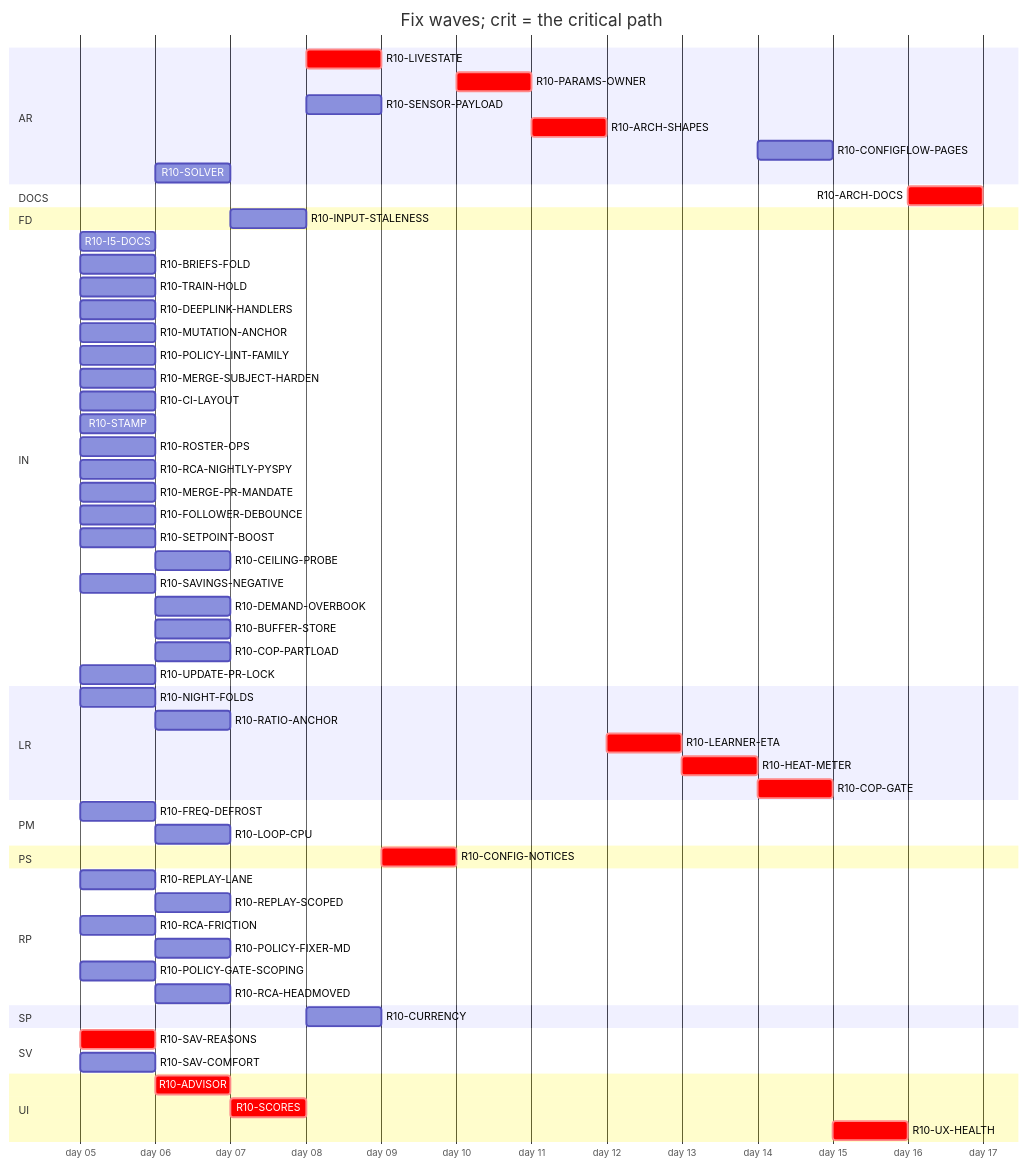
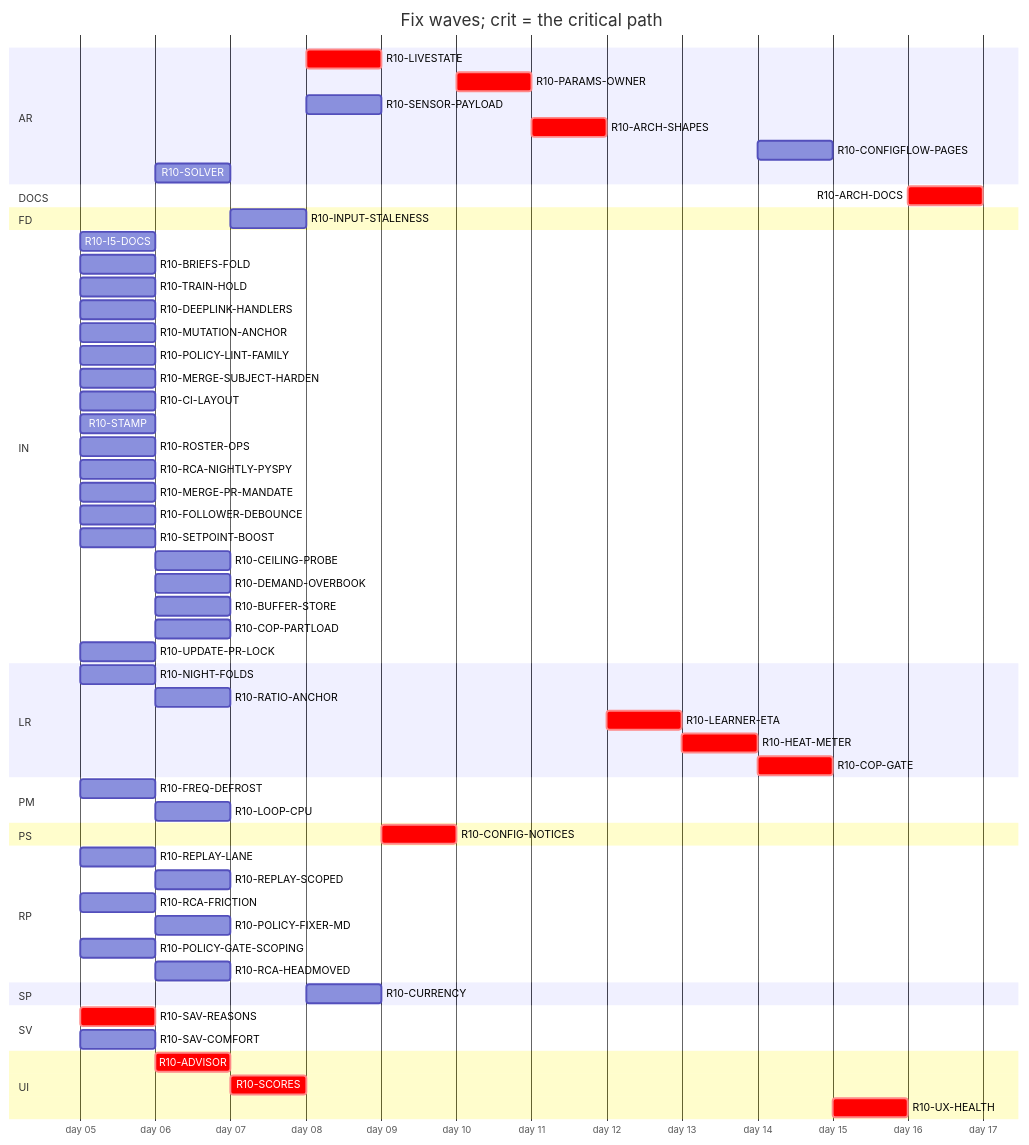
Before and after one commit to tvofi/heatpump_optimizer: the diagram in handoff/round10/state/PLAN-TABLE.md, drawn with Mermaid. The commit also changed other lines of this file and 2 other files, not shown here.

````diff
--- a/handoff/round10/state/PLAN-TABLE.md
+++ b/handoff/round10/state/PLAN-TABLE.md
@@ -24,65 +24,64 @@
 ```mermaid
 gantt
   title Fix waves; crit = the critical path
   dateFormat YYYY-MM-DD
   axisFormat day %d
   section AR
     R10-LIVESTATE :crit, r10LIVESTATE, after r10SCORES, 1d
     R10-PARAMS-OWNER :crit, r10PARAMSOWNER, after r10CONFIGNOTICES, 1d
     R10-SENSOR-PAYLOAD :r10SENSORPAYLOAD, after r10SCORES, 1d
     R10-ARCH-SHAPES :crit, r10ARCHSHAPES, after r10PARAMSOWNER r10SENSORPAYLOAD r10FREQDEFROST, 1d
     R10-CONFIGFLOW-PAGES :r10CONFIGFLOWPAGES, after r10HEATMETER, 1d
     R10-SOLVER :r10SOLVER, after r10SAVREASONS, 1d
   section DOCS
     R10-ARCH-DOCS :crit, r10ARCHDOCS, after r10NIGHTFOLDS r10RATIOANCHOR r10INPUTSTALENESS r10CURRENCY r10FREQDEFROST r10LOOPCPU r10SAVREASONS r10ADVISOR r10SCORES r10LIVESTATE r10CONFIGNOTICES r10PARAMSOWNER r10SENSORPAYLOAD r10ARCHSHAPES r10LEARNERETA r10HEATMETER r10COPGATE r10UXHEALTH r10CONFIGFLOWPAGES r10SOLVER r10I5DOCS r10BRIEFSFOLD r10REPLAYLANE r10REPLAYSCOPED r10TRAINHOLD r10DEEPLINKHANDLERS, 1d
   section FD
     R10-INPUT-STALENESS :r10INPUTSTALENESS, after r10RATIOANCHOR, 1d
   section IN
     R10-I5-DOCS :r10I5DOCS, 2026-01-05, 1d
     R10-BRIEFS-FOLD :r10BRIEFSFOLD, 2026-01-05, 1d
     R10-TRAIN-HOLD :r10TRAINHOLD, 2026-01-05, 1d
     R10-DEEPLINK-HANDLERS :r10DEEPLINKHANDLERS, 2026-01-05, 1d
     R10-MUTATION-ANCHOR :r10MUTATIONANCHOR, 2026-01-05, 1d
     R10-POLICY-LINT-FAMILY :r10POLICYLINTFAMILY, 2026-01-05, 1d
     R10-MERGE-SUBJECT-HARDEN :r10MERGESUBJECTHARDEN, 2026-01-05, 1d
     R10-CI-LAYOUT :r10CILAYOUT, 2026-01-05, 1d
     R10-STAMP :r10STAMP, 2026-01-05, 1d
     R10-ROSTER-OPS :r10ROSTEROPS, 2026-01-05, 1d
     R10-RCA-NIGHTLY-PYSPY :r10RCANIGHTLYPYSPY, 2026-01-05, 1d
     R10-MERGE-PR-MANDATE :r10MERGEPRMANDATE, 2026-01-05, 1d
     R10-FOLLOWER-DEBOUNCE :r10FOLLOWERDEBOUNCE, 2026-01-05, 1d
     R10-SETPOINT-BOOST :r10SETPOINTBOOST, 2026-01-05, 1d
     R10-CEILING-PROBE :r10CEILINGPROBE, after r10SETPOINTBOOST r10CILAYOUT r10NIGHTFOLDS, 1d
-    R10-SAVINGS-NEGATIVE :r10SAVINGSNEGATIVE, 2026-01-05, 1d
     R10-DEMAND-OVERBOOK :r10DEMANDOVERBOOK, after r10SETPOINTBOOST, 1d
     R10-BUFFER-STORE :r10BUFFERSTORE, after r10SETPOINTBOOST, 1d
     R10-COP-PARTLOAD :r10COPPARTLOAD, after r10SETPOINTBOOST, 1d
     R10-UPDATE-PR-LOCK :r10UPDATEPRLOCK, 2026-01-05, 1d
   section LR
     R10-NIGHT-FOLDS :r10NIGHTFOLDS, 2026-01-05, 1d
     R10-RATIO-ANCHOR :r10RATIOANCHOR, after r10NIGHTFOLDS, 1d
     R10-LEARNER-ETA :crit, r10LEARNERETA, after r10ARCHSHAPES, 1d
     R10-HEAT-METER :crit, r10HEATMETER, after r10LEARNERETA r10INPUTSTALENESS r10RATIOANCHOR, 1d
     R10-COP-GATE :crit, r10COPGATE, after r10HEATMETER r10SENSORPAYLOAD, 1d
   section PM
     R10-FREQ-DEFROST :r10FREQDEFROST, 2026-01-05, 1d
     R10-LOOP-CPU :r10LOOPCPU, after r10FREQDEFROST, 1d
   section PS
     R10-CONFIG-NOTICES :crit, r10CONFIGNOTICES, after r10LIVESTATE, 1d
   section RP
     R10-REPLAY-LANE :r10REPLAYLANE, 2026-01-05, 1d
     R10-REPLAY-SCOPED :r10REPLAYSCOPED, after r10REPLAYLANE r10TRAINHOLD, 1d
     R10-RCA-FRICTION :r10RCAFRICTION, 2026-01-05, 1d
     R10-POLICY-FIXER-MD :r10POLICYFIXERMD, after r10RCAFRICTION r10BRIEFSFOLD, 1d
     R10-POLICY-GATE-SCOPING :r10POLICYGATESCOPING, 2026-01-05, 1d
     R10-RCA-HEADMOVED :r10RCAHEADMOVED, after r10RCAFRICTION, 1d
   section SP
     R10-CURRENCY :r10CURRENCY, after r10INPUTSTALENESS, 1d
   section SV
     R10-SAV-REASONS :crit, r10SAVREASONS, 2026-01-05, 1d
     R10-SAV-COMFORT :r10SAVCOMFORT, 2026-01-05, 1d
   section UI
     R10-ADVISOR :crit, r10ADVISOR, after r10SAVREASONS, 1d
     R10-SCORES :crit, r10SCORES, after r10ADVISOR, 1d
     R10-UX-HEALTH :crit, r10UXHEALTH, after r10SCORES r10COPGATE r10HEATMETER, 1d
 ```
````
